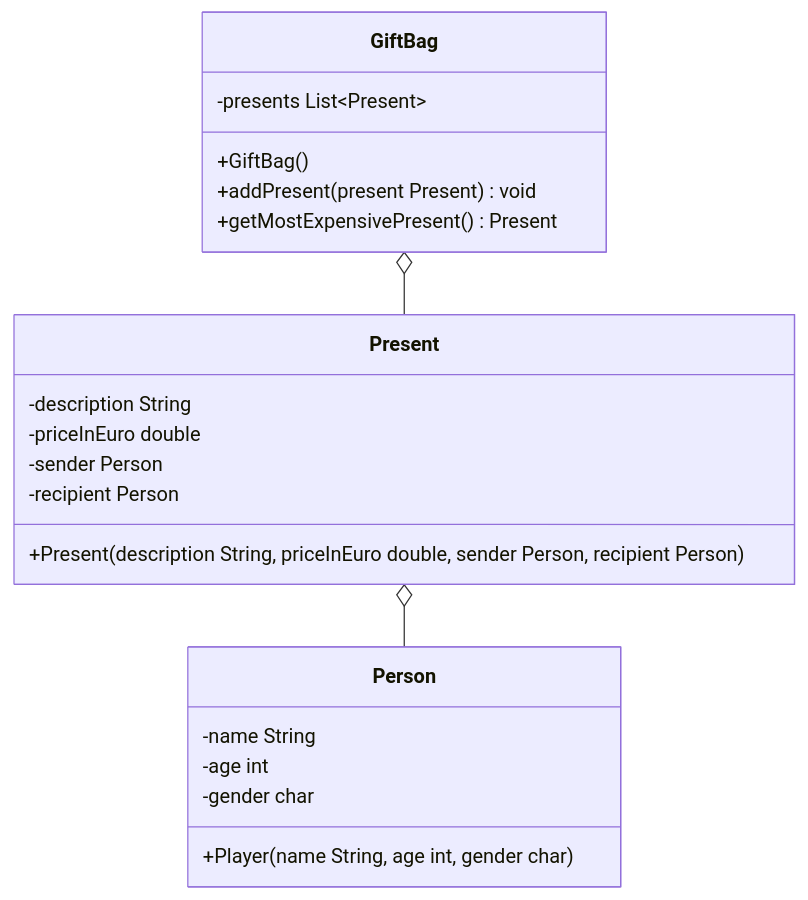
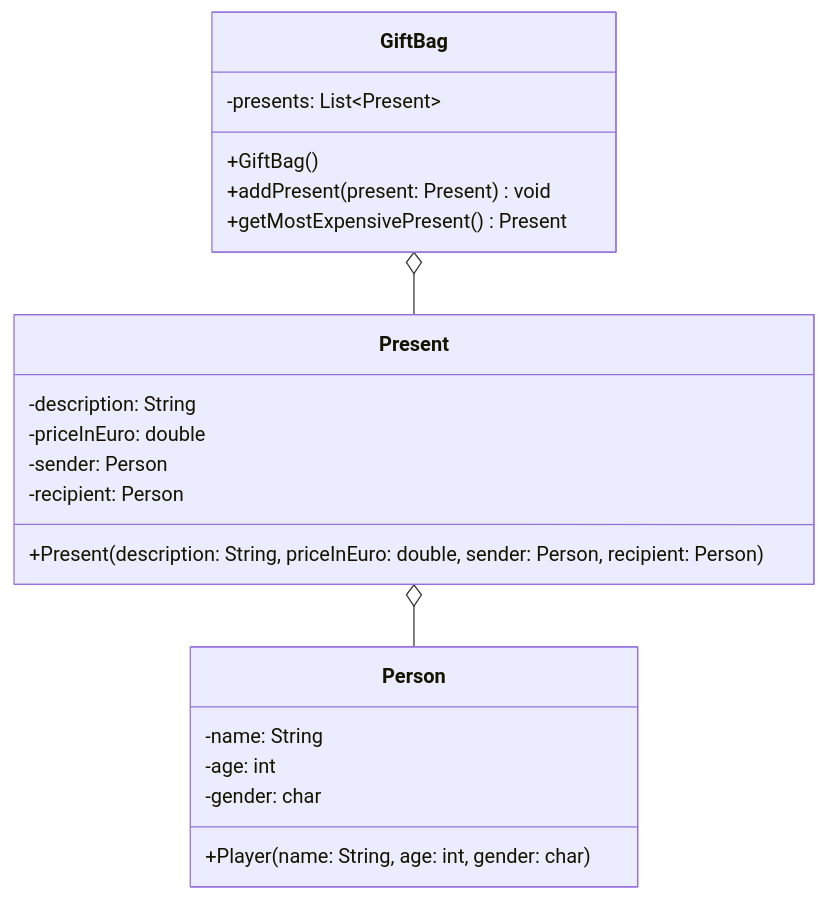
Before and after one commit to jappuccini/java-docs: the diagram in docs/exam-exercises/exam-exercises-java1/gift-bag.md, drawn with Mermaid. The commit also changed other lines of this file and 76 other files, not shown here.

Commit message:
uml fixes (colons, properties), headline fixes (italic) and exam result updates

````diff
--- a/docs/exam-exercises/exam-exercises-java1/gift-bag.md
+++ b/docs/exam-exercises/exam-exercises-java1/gift-bag.md
@@ -12,27 +12,27 @@
 ```mermaid
 classDiagram
     GiftBag o-- Present
     Present o-- Person
 
     class GiftBag {
-        -presents List~Present~
+        -presents: List~Present~
         +GiftBag()
-        +addPresent(present Present) void
+        +addPresent(present: Present) void
         +getMostExpensivePresent() Present
     }
 
     class Present {
-        -description String
-        -priceInEuro double
-        -sender Person
-        -recipient Person
-        +Present(description String, priceInEuro double, sender Person, recipient Person)
+        -description: String
+        -priceInEuro: double
+        -sender: Person
+        -recipient: Person
+        +Present(description: String, priceInEuro: double, sender: Person, recipient: Person)
     }
 
     class Person {
-        -name String
-        -age int
-        -gender char
-        +Player(name String, age int, gender char )
+        -name: String
+        -age: int
+        -gender: char
+        +Player(name: String, age: int, gender: char )
     }
 ```
````
